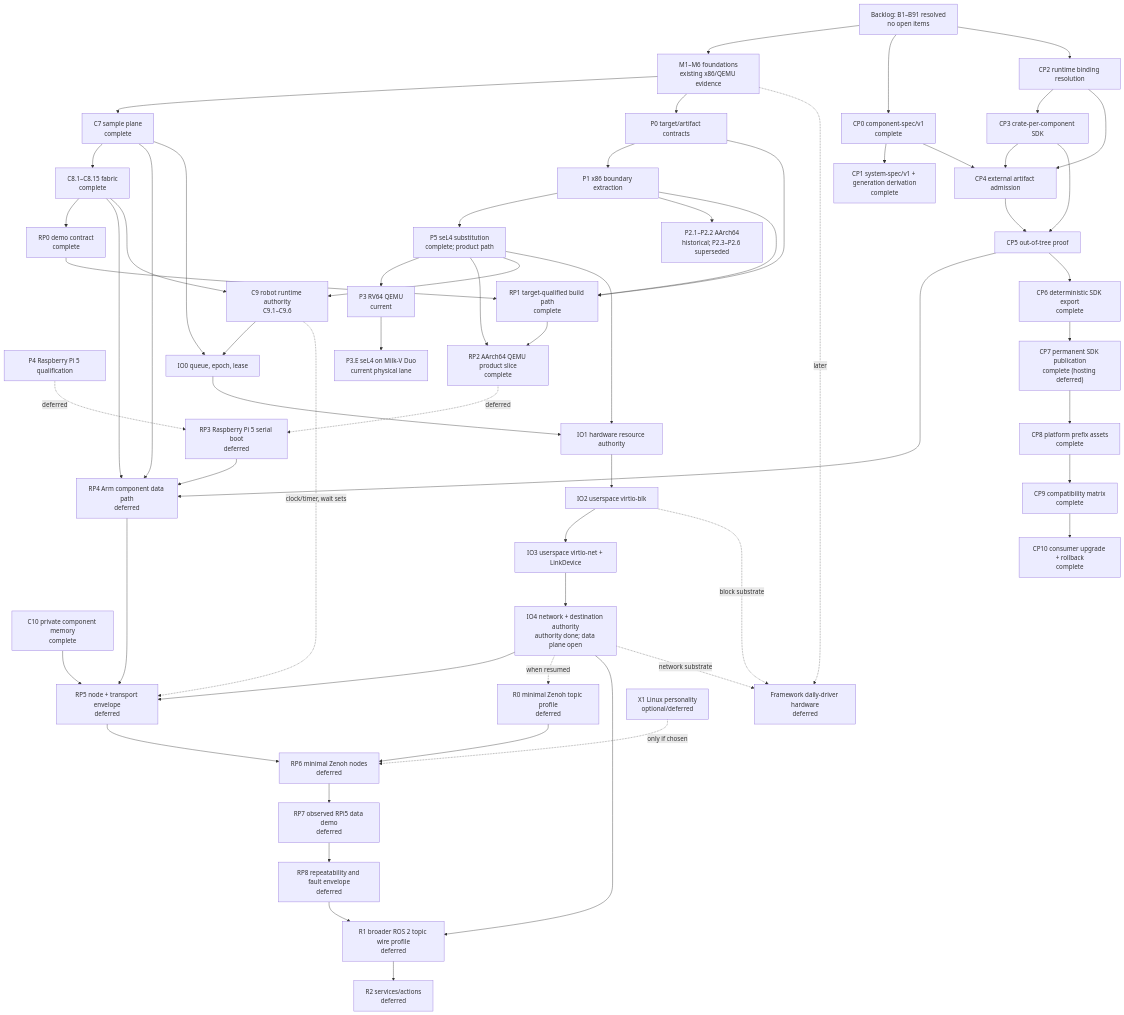
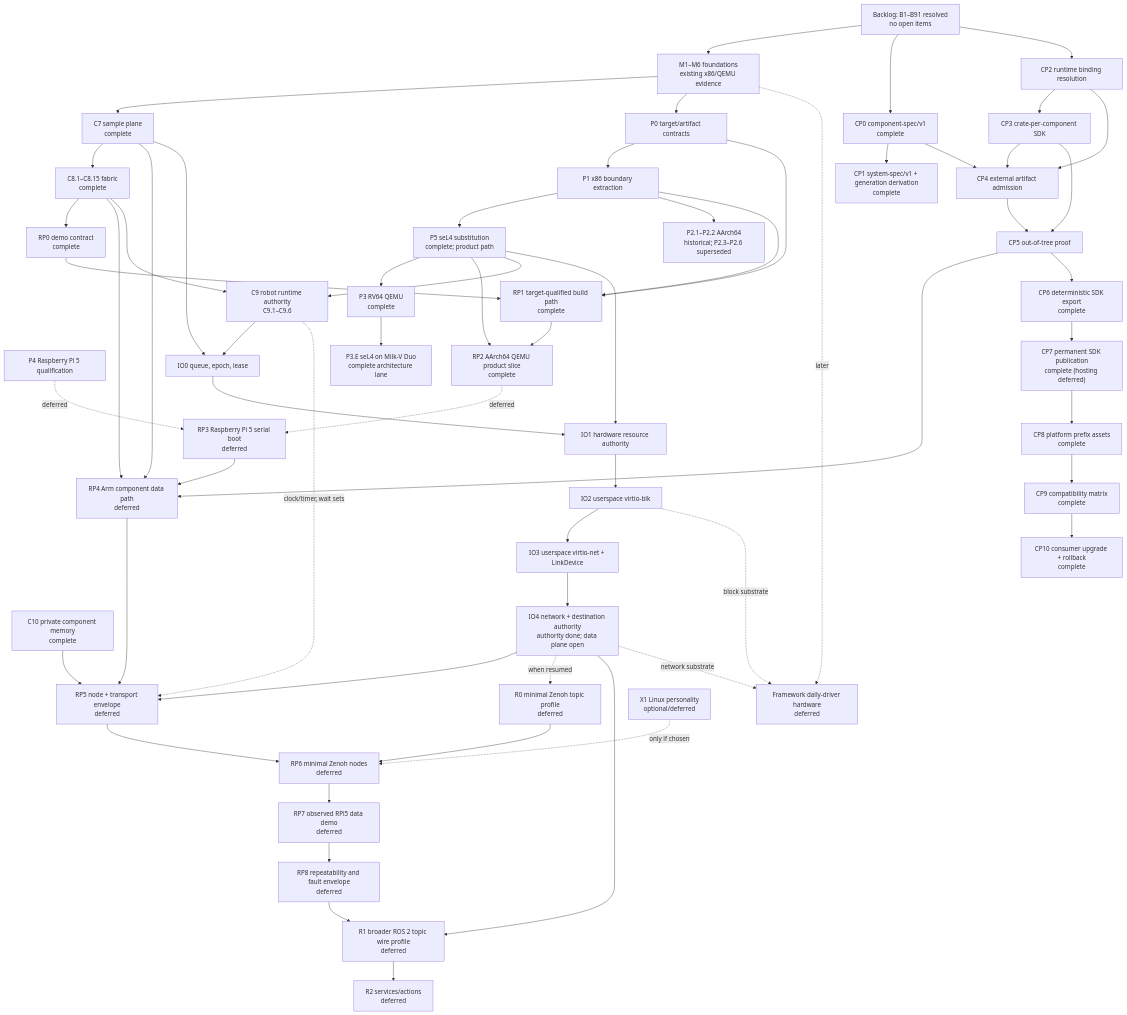
Before and after one commit to iceice666/slime_os: the diagram in roadmap/README.md, drawn with Mermaid. The commit also changed other lines of this file and 41 other files, not shown here.

Commit message:
feat(architecture): complete seL4 Milk-V Duo qualification

```diff
--- a/roadmap/README.md
+++ b/roadmap/README.md
@@ -84,8 +82,8 @@
     R1["R1 broader ROS 2 topic wire profile\ndeferred"]
     R2["R2 services/actions\ndeferred"]
     Framework["Framework daily-driver hardware\ndeferred"]
-    RV64["P3 RV64 QEMU\ncurrent"]
-    Duo["P3.E seL4 on Milk-V Duo\ncurrent physical lane"]
+    RV64["P3 RV64 QEMU\ncomplete"]
+    Duo["P3.E seL4 on Milk-V Duo\ncomplete architecture lane"]
     X1["X1 Linux personality\noptional/deferred"]
 
     Backlog --> Foundations
```
